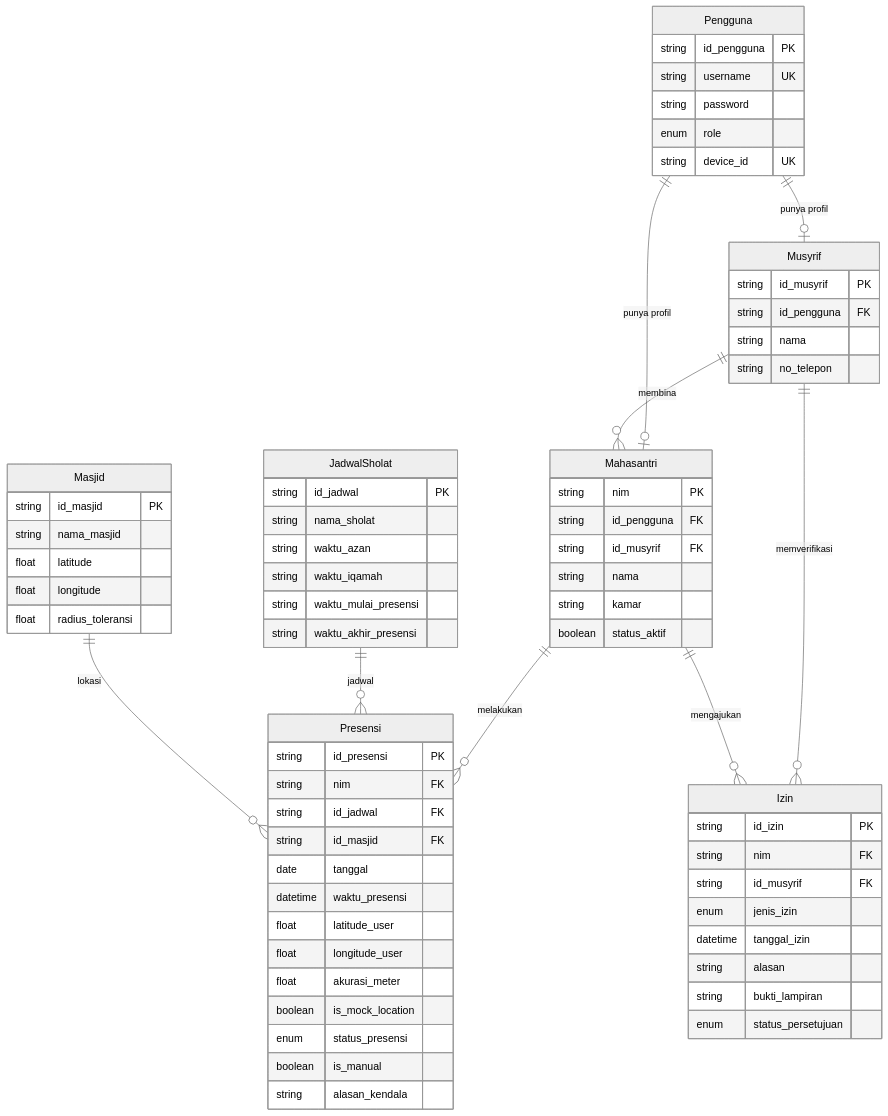
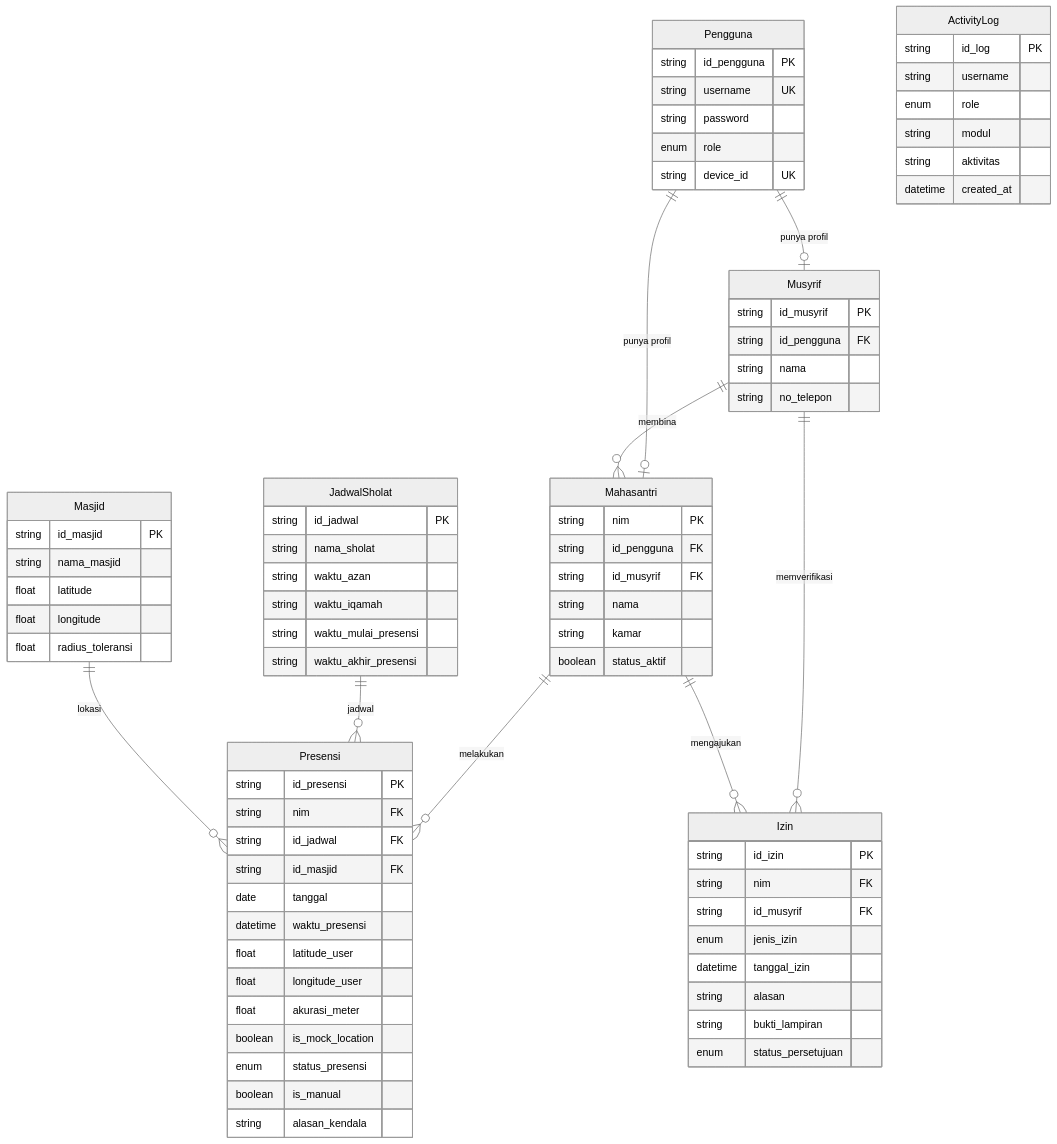
One commit to dfnc1/Geo-Jamaah_Server changed the diagram in docs/DATABASE_SCHEMA.md. Above: the diagram before and after it, drawn with Mermaid (neutral theme). The commit also changed other lines of this file and 2 other files, not shown here.

Commit message:
docs: add activity_logs audit trail to contract

````diff
--- a/docs/DATABASE_SCHEMA.md
+++ b/docs/DATABASE_SCHEMA.md
@@ -7,73 +7,81 @@
 ```mermaid
 erDiagram
     Pengguna ||--o| Mahasantri : "punya profil"
     Pengguna ||--o| Musyrif : "punya profil"
     Musyrif ||--o{ Mahasantri : membina
     Musyrif ||--o{ Izin : memverifikasi
     Mahasantri ||--o{ Presensi : melakukan
     Mahasantri ||--o{ Izin : mengajukan
     JadwalSholat ||--o{ Presensi : "jadwal"
     Masjid ||--o{ Presensi : "lokasi"
 
     Pengguna {
         string id_pengguna PK
         string username UK
         string password
         enum role
         string device_id UK
     }
     Mahasantri {
         string nim PK
         string id_pengguna FK
         string id_musyrif FK
         string nama
         string kamar
         boolean status_aktif
     }
     Musyrif {
         string id_musyrif PK
         string id_pengguna FK
         string nama
         string no_telepon
     }
     JadwalSholat {
         string id_jadwal PK
         string nama_sholat
         string waktu_azan
         string waktu_iqamah
         string waktu_mulai_presensi
         string waktu_akhir_presensi
     }
     Masjid {
         string id_masjid PK
         string nama_masjid
         float latitude
         float longitude
         float radius_toleransi
     }
     Presensi {
         string id_presensi PK
         string nim FK
         string id_jadwal FK
         string id_masjid FK
         date tanggal
         datetime waktu_presensi
         float latitude_user
         float longitude_user
         float akurasi_meter
         boolean is_mock_location
         enum status_presensi
         boolean is_manual
         string alasan_kendala
     }
     Izin {
         string id_izin PK
         string nim FK
         string id_musyrif FK
         enum jenis_izin
         datetime tanggal_izin
         string alasan
         string bukti_lampiran
         enum status_persetujuan
     }
+    ActivityLog {
+        string id_log PK
+        string username
+        enum role
+        string modul
+        string aktivitas
+        datetime created_at
+    }
 ```
````
